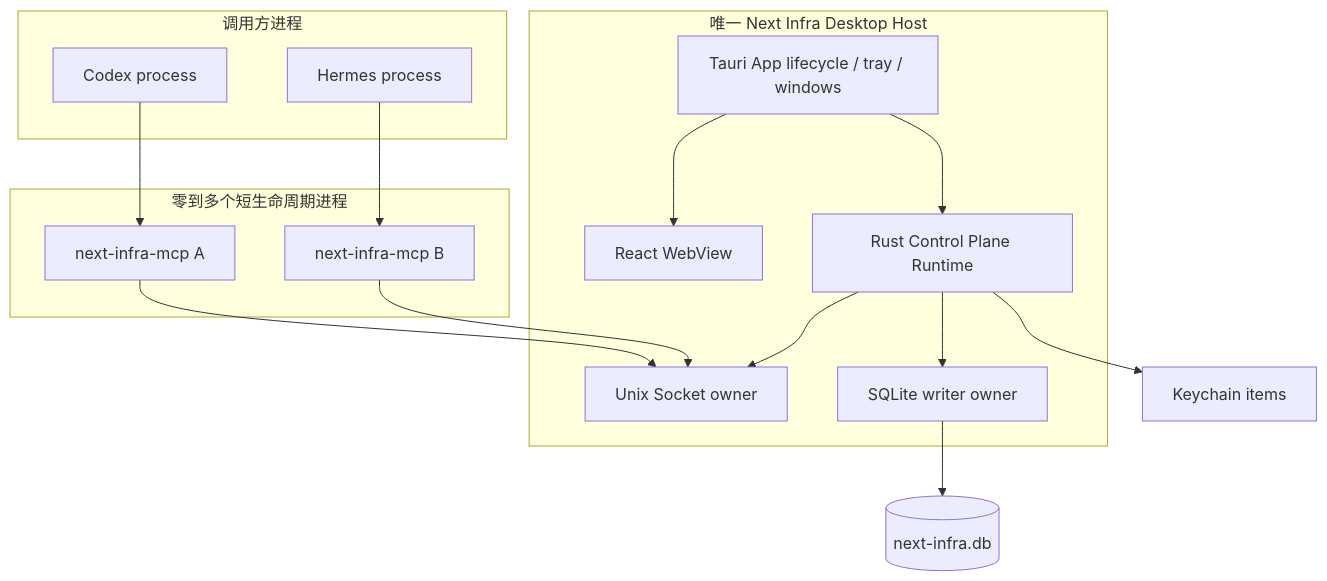
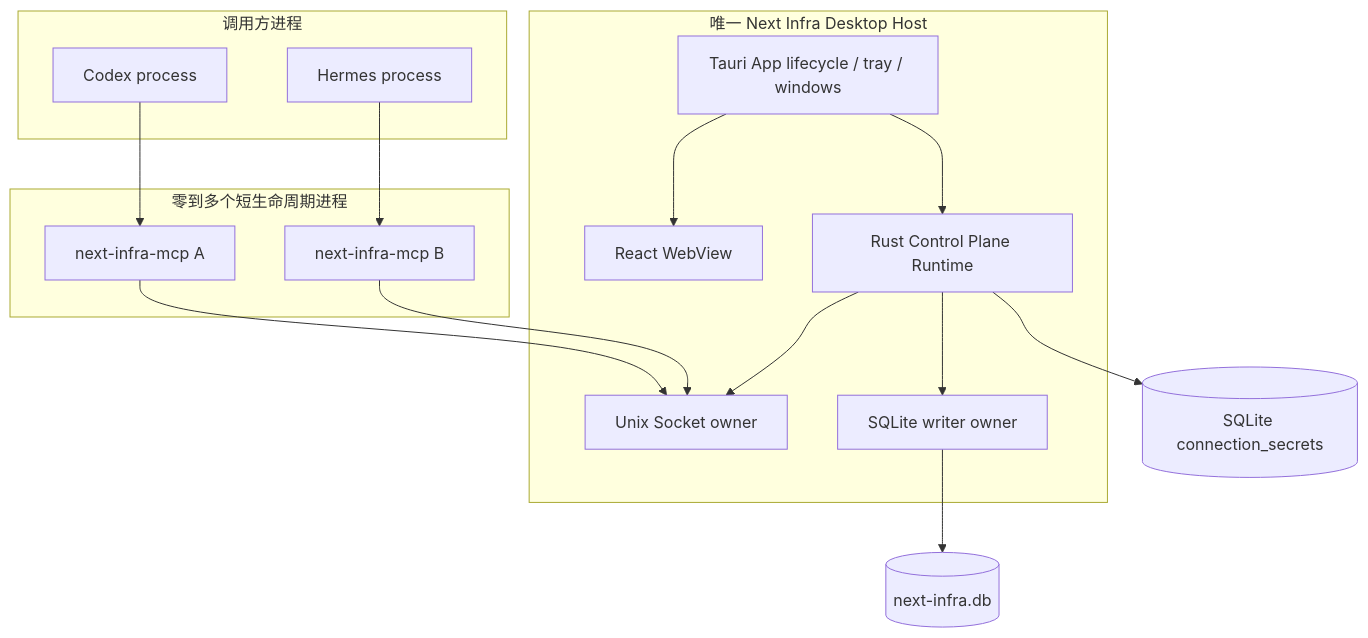
The second of 7 diagrams in docs/design/architecture-diagrams.md (sunny0826/next-infra), drawn with Mermaid before and after one commit. The commit also changed other lines of this file and 24 other files, not shown here.

````diff
--- a/docs/design/architecture-diagrams.md
+++ b/docs/design/architecture-diagrams.md
@@ -82,34 +82,34 @@
 ```mermaid
 flowchart TB
     subgraph ClientProcesses["调用方进程"]
         Codex["Codex process"]
         Hermes["Hermes process"]
     end
 
     subgraph ShortLived["零到多个短生命周期进程"]
         BridgeA["next-infra-mcp A"]
         BridgeB["next-infra-mcp B"]
     end
 
     subgraph OneHost["唯一 Next Infra Desktop Host"]
         Tauri["Tauri App lifecycle / tray / windows"]
         WebView["React WebView"]
         RustRuntime["Rust Control Plane Runtime"]
         SocketOwner["Unix Socket owner"]
         DBWriter["SQLite writer owner"]
     end
 
     SQLite[("next-infra.db")]
-    Keychain["Keychain items"]
+    Secrets[("SQLite connection_secrets")]
 
     Codex --> BridgeA
     Hermes --> BridgeB
     BridgeA --> SocketOwner
     BridgeB --> SocketOwner
     Tauri --> WebView
     Tauri --> RustRuntime
     RustRuntime --> SocketOwner
     RustRuntime --> DBWriter
     DBWriter --> SQLite
-    RustRuntime --> Keychain
+    RustRuntime --> Secrets
 ```
````
